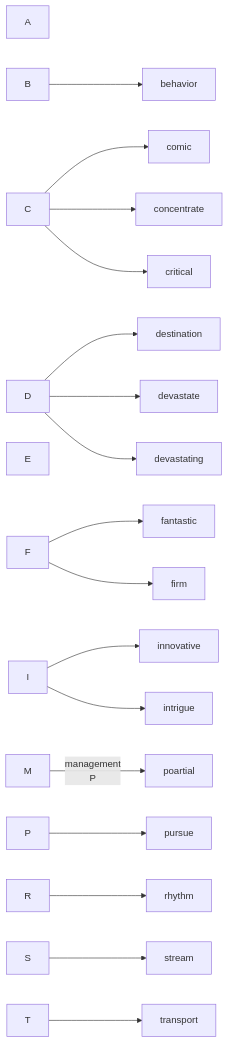
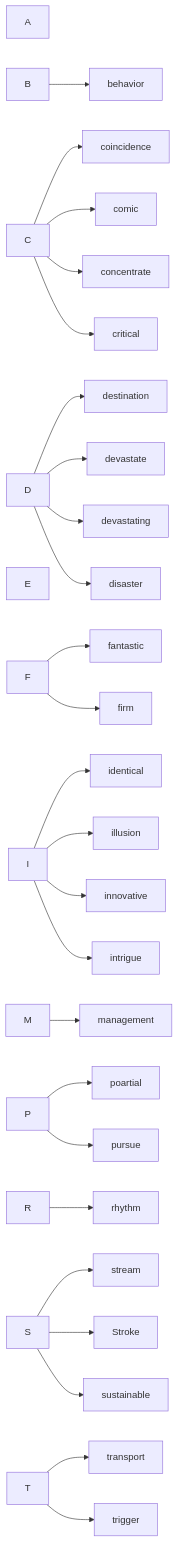
The diagram in vocabulary.mmd (iowrite/vocabulary), drawn with Mermaid before and after one commit.

```diff
--- a/vocabulary.mmd
+++ b/vocabulary.mmd
@@ -1,20 +1,27 @@
 graph LR
     A
     B-->behavior
+    C-->coincidence
     C-->comic
     C-->concentrate
     C-->critical
     D-->destination
     D-->devastate
     D-->devastating
+    D-->disaster
     E
     F-->fantastic
     F-->firm
+    I-->identical
+    I-->illusion
     I-->innovative
     I-->intrigue
-    M--management
+    M-->management
     P-->poartial
     P-->pursue
     R-->rhythm
     S-->stream
+    S-->Stroke
+    S-->sustainable
     T-->transport
+    T-->trigger
```
